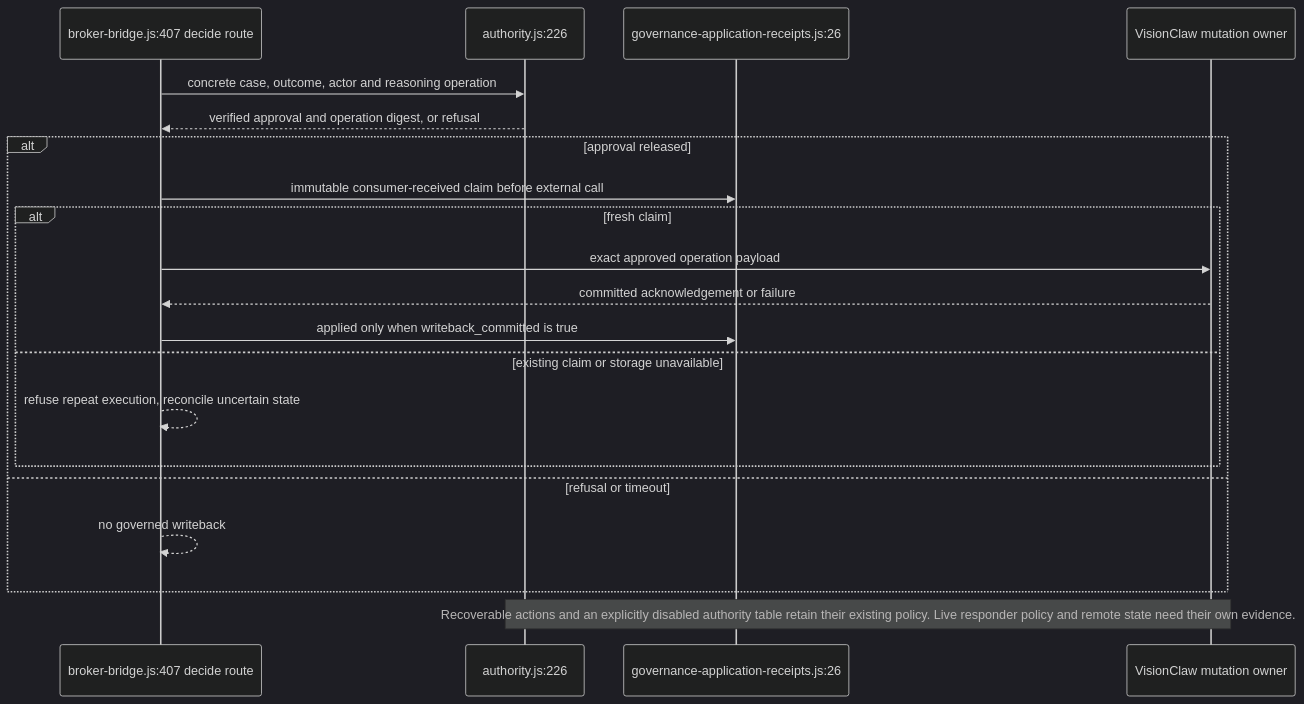
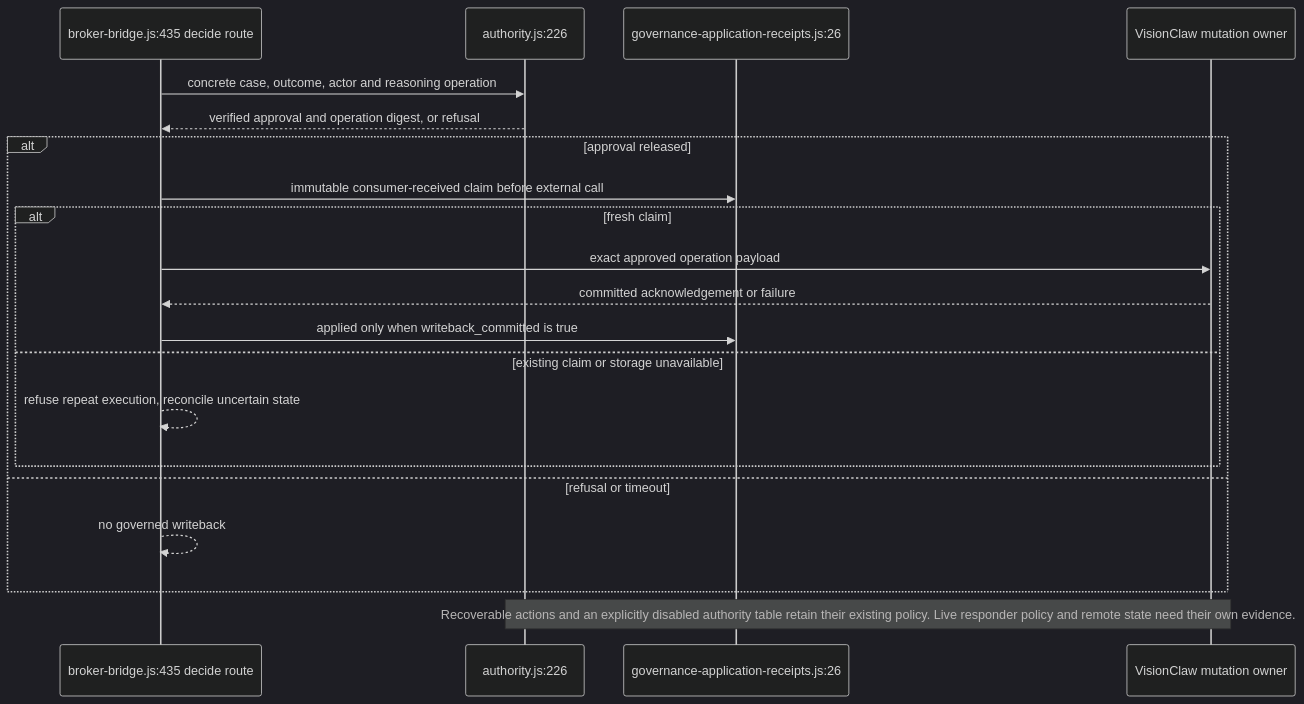
One commit to DreamLab-AI/VisionFlow changed the second of 10 diagrams in docs/diagrams/estate/05-governance-loop-across-estate.md. Above: the diagram before and after it, drawn with Mermaid (dark theme). The commit also changed other lines of this file and 17 other files, not shown here.

````diff
--- a/docs/diagrams/estate/05-governance-loop-across-estate.md
+++ b/docs/diagrams/estate/05-governance-loop-across-estate.md
@@ -60,22 +70,22 @@
 ```mermaid
 sequenceDiagram
-    participant Bridge as broker-bridge.js:407 decide route
+    participant Bridge as broker-bridge.js:435 decide route
     participant Gate as authority.js:226
     participant Ledger as governance-application-receipts.js:26
     participant VC as VisionClaw mutation owner
     Bridge->>Gate: concrete case, outcome, actor and reasoning operation
     Gate-->>Bridge: verified approval and operation digest, or refusal
     alt approval released
         Bridge->>Ledger: immutable consumer-received claim before external call
         alt fresh claim
             Bridge->>VC: exact approved operation payload
             VC-->>Bridge: committed acknowledgement or failure
             Bridge->>Ledger: applied only when writeback_committed is true
         else existing claim or storage unavailable
             Bridge-->>Bridge: refuse repeat execution, reconcile uncertain state
         end
     else refusal or timeout
         Bridge-->>Bridge: no governed writeback
     end
     Note over Gate,VC: Recoverable actions and an explicitly disabled authority table retain their existing policy. Live responder policy and remote state need their own evidence.
 ```
````
